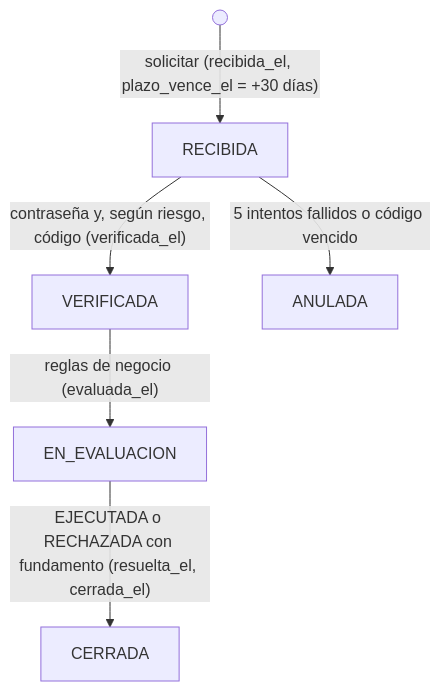
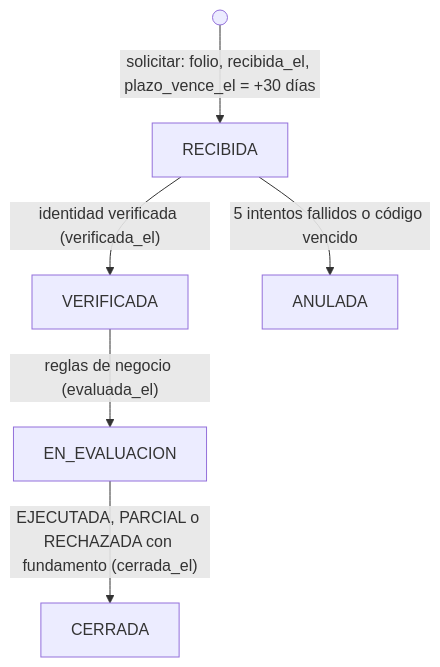
The fourth of 4 diagrams in INFORME_CONSENTIMIENTO_DERECHOS_AUDITORIA.md (PabloLineros/SPD_Pablo_Catalina_Maria_Fabian), drawn with Mermaid before and after one commit. The commit also changed other lines of this file and 52 other files, not shown here.

````diff
--- a/INFORME_CONSENTIMIENTO_DERECHOS_AUDITORIA.md
+++ b/INFORME_CONSENTIMIENTO_DERECHOS_AUDITORIA.md
@@ -183,8 +273,8 @@
 ```mermaid
 flowchart TD
-  I(( )) -->|"solicitar (recibida_el, plazo_vence_el = +30 días)"| A[RECIBIDA]
-  A -->|"contraseña y, según riesgo, código (verificada_el)"| B[VERIFICADA]
+  I(( )) -->|"solicitar: folio, recibida_el, plazo_vence_el = +30 días"| A[RECIBIDA]
+  A -->|"identidad verificada (verificada_el)"| B[VERIFICADA]
   A -->|"5 intentos fallidos o código vencido"| X[ANULADA]
   B -->|"reglas de negocio (evaluada_el)"| C[EN_EVALUACION]
-  C -->|"EJECUTADA o RECHAZADA con fundamento (resuelta_el, cerrada_el)"| D[CERRADA]
+  C -->|"EJECUTADA, PARCIAL o RECHAZADA con fundamento (cerrada_el)"| D[CERRADA]
 ```
````
